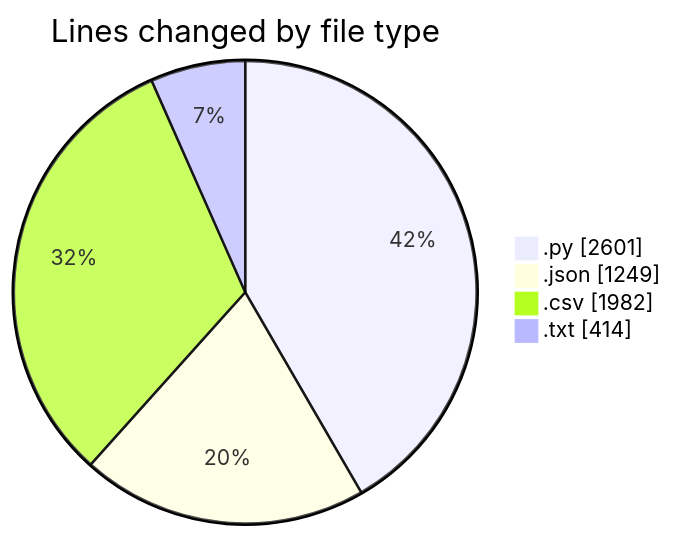
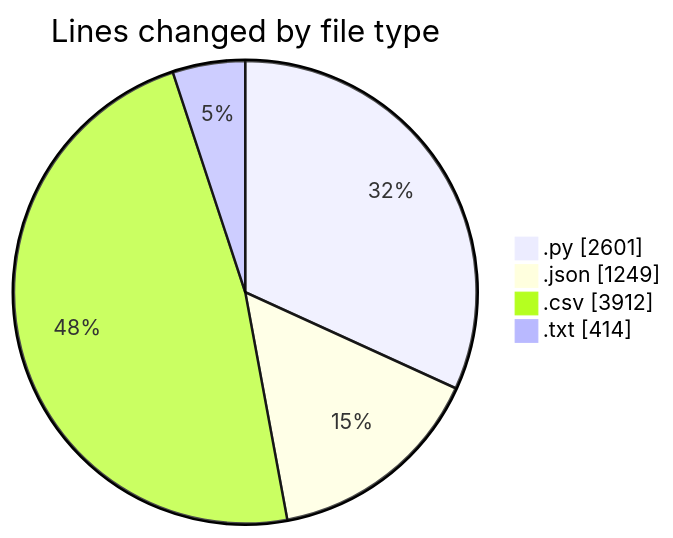
The first of 2 diagrams in 2025-07-28/refunds/README.md (EIIisD/code-tracking), drawn with Mermaid before and after one commit. The commit also changed other lines of this file and 1 other file, not shown here.

````diff
--- a/2025-07-28/refunds/README.md
+++ b/2025-07-28/refunds/README.md
@@ -25,8 +26,8 @@
 ```mermaid
 pie showData
 title Lines changed by file type
 ".py" : 2601
 ".json" : 1249
-".csv" : 1982
+".csv" : 3912
 ".txt" : 414
 ```
````
